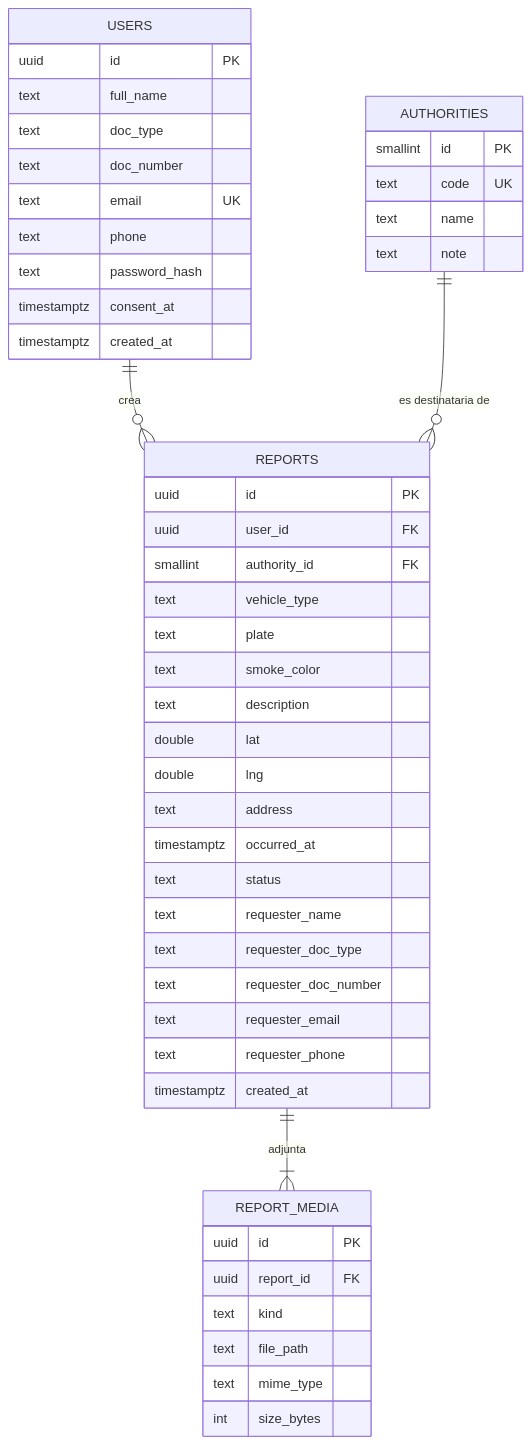
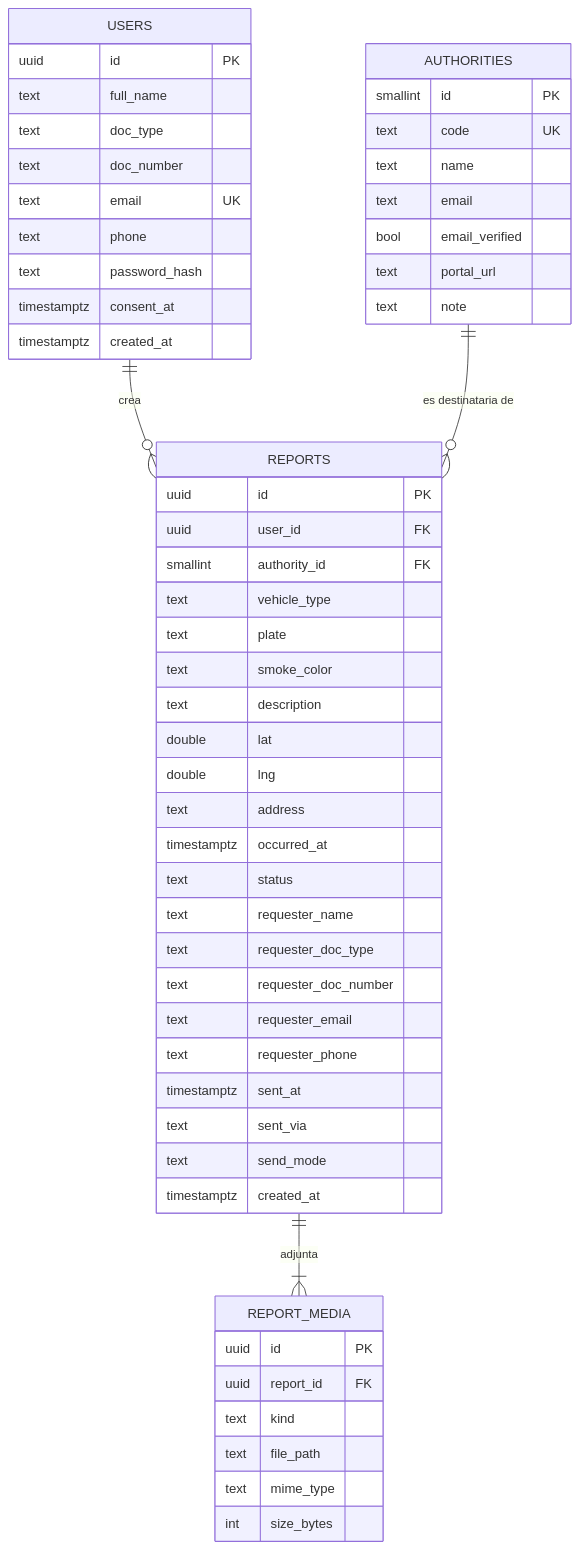
The diagram in docs/05-modelo-de-datos-y-api.md (Matute-col/AireClaro), drawn with Mermaid before and after one commit. The commit also changed other lines of this file and 12 other files, not shown here.

Commit message:
docs: add email sending and official portal requirements

````diff
--- a/docs/05-modelo-de-datos-y-api.md
+++ b/docs/05-modelo-de-datos-y-api.md
@@ -5,51 +5,57 @@
 ```mermaid
 erDiagram
   USERS ||--o{ REPORTS : crea
   AUTHORITIES ||--o{ REPORTS : "es destinataria de"
   REPORTS ||--|{ REPORT_MEDIA : adjunta
   USERS {
     uuid id PK
     text full_name
     text doc_type
     text doc_number
     text email UK
     text phone
     text password_hash
     timestamptz consent_at
     timestamptz created_at
   }
   AUTHORITIES {
     smallint id PK
     text code UK
     text name
+    text email
+    bool email_verified
+    text portal_url
     text note
   }
   REPORTS {
     uuid id PK
     uuid user_id FK
     smallint authority_id FK
     text vehicle_type
     text plate
     text smoke_color
     text description
     double lat
     double lng
     text address
     timestamptz occurred_at
     text status
     text requester_name
     text requester_doc_type
     text requester_doc_number
     text requester_email
     text requester_phone
+    timestamptz sent_at
+    text sent_via
+    text send_mode
     timestamptz created_at
   }
   REPORT_MEDIA {
     uuid id PK
     uuid report_id FK
     text kind
     text file_path
     text mime_type
     int size_bytes
   }
 ```
````
